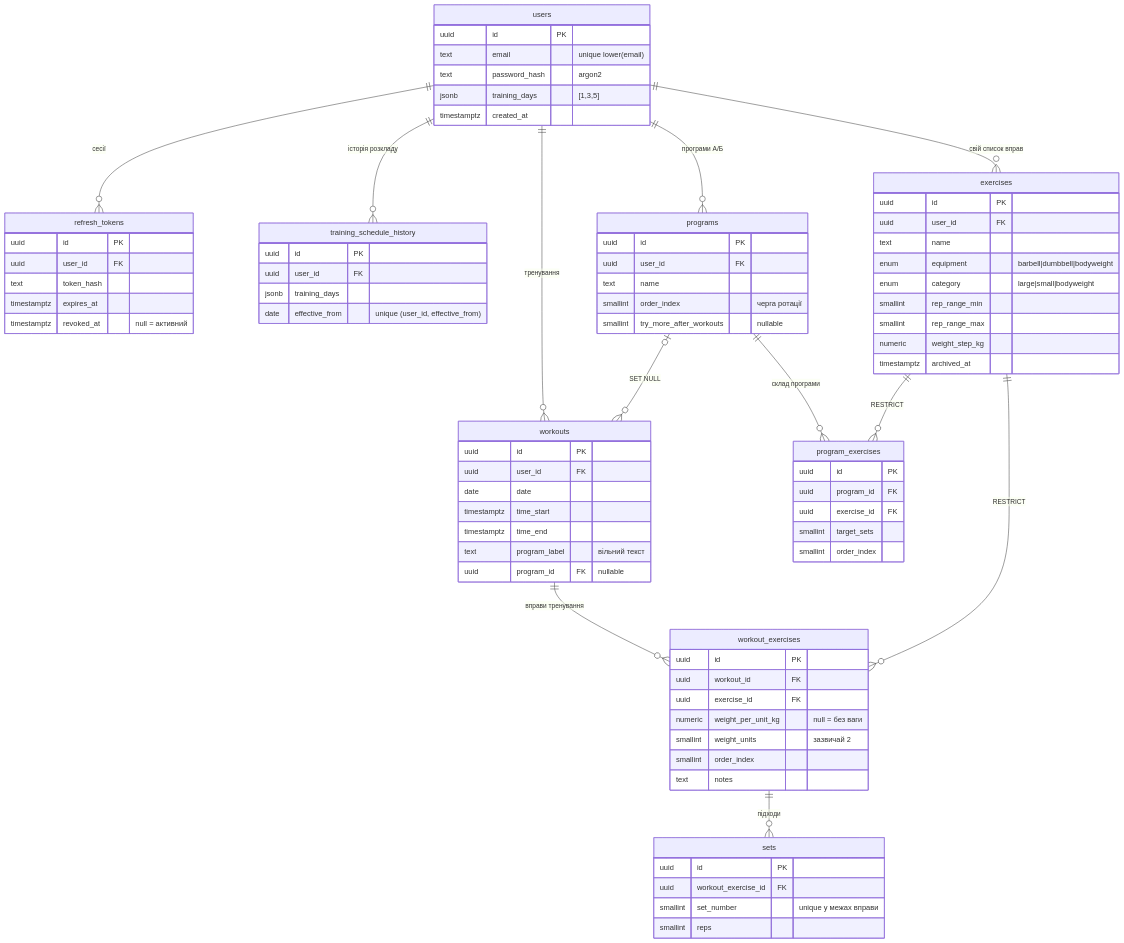
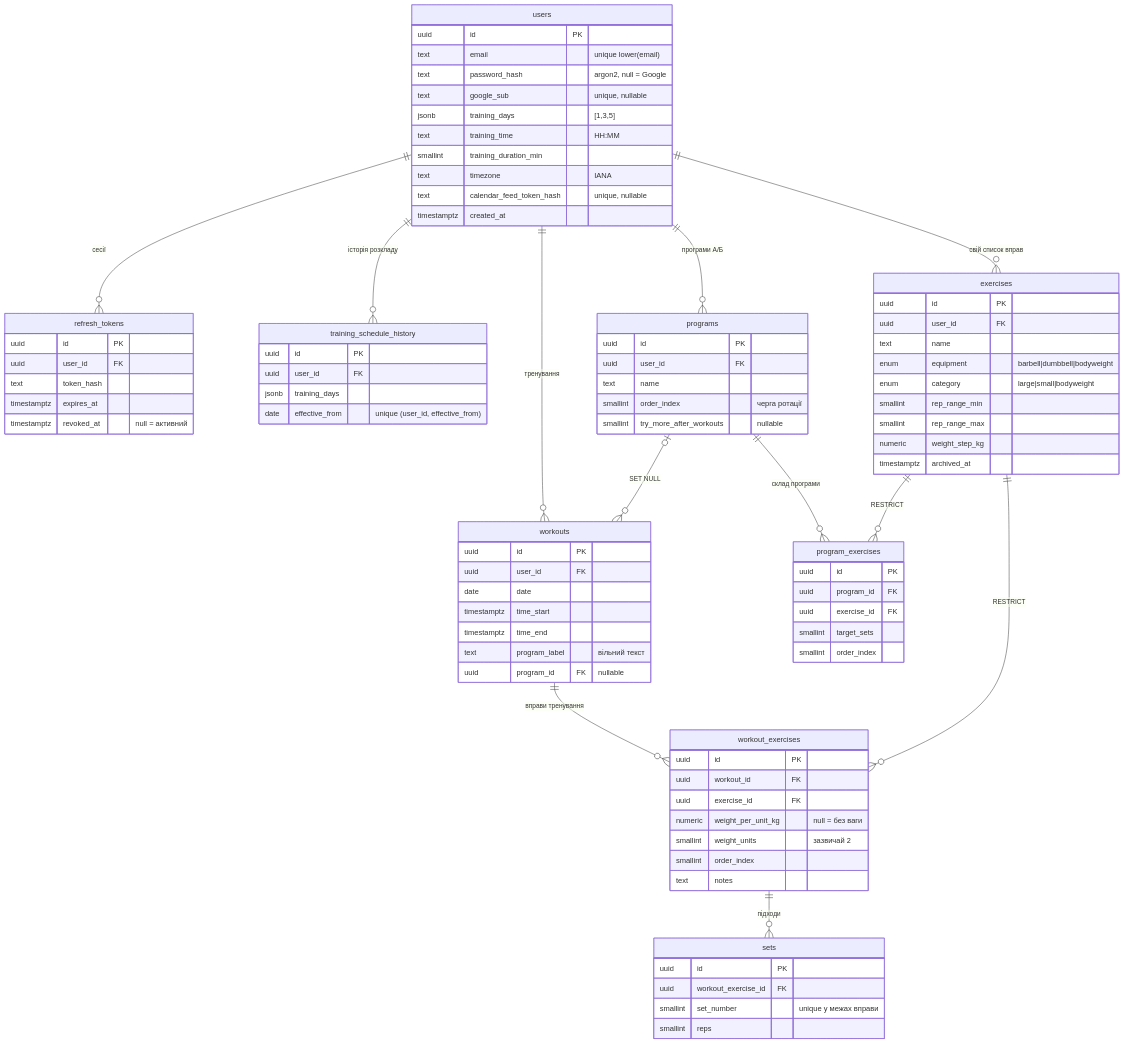
The diagram in docs/db/ARCHITECTURE.md (SergioBurlaka/MyGym), drawn with Mermaid before and after one commit. The commit also changed other lines of this file and 5 other files, not shown here.

Commit message:
feat(db): add training time, timezone and calendar feed token

```diff
--- a/docs/db/ARCHITECTURE.md
+++ b/docs/db/ARCHITECTURE.md
@@ -26,8 +26,13 @@
     users {
         uuid id PK
         text email "unique lower(email)"
-        text password_hash "argon2"
+        text password_hash "argon2, null = Google"
+        text google_sub "unique, nullable"
         jsonb training_days "[1,3,5]"
+        text training_time "HH:MM"
+        smallint training_duration_min
+        text timezone "IANA"
+        text calendar_feed_token_hash "unique, nullable"
         timestamptz created_at
     }
     refresh_tokens {
```
